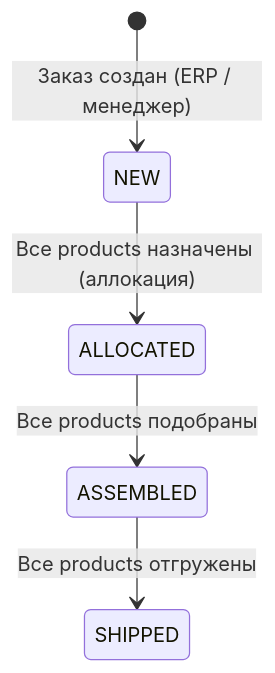
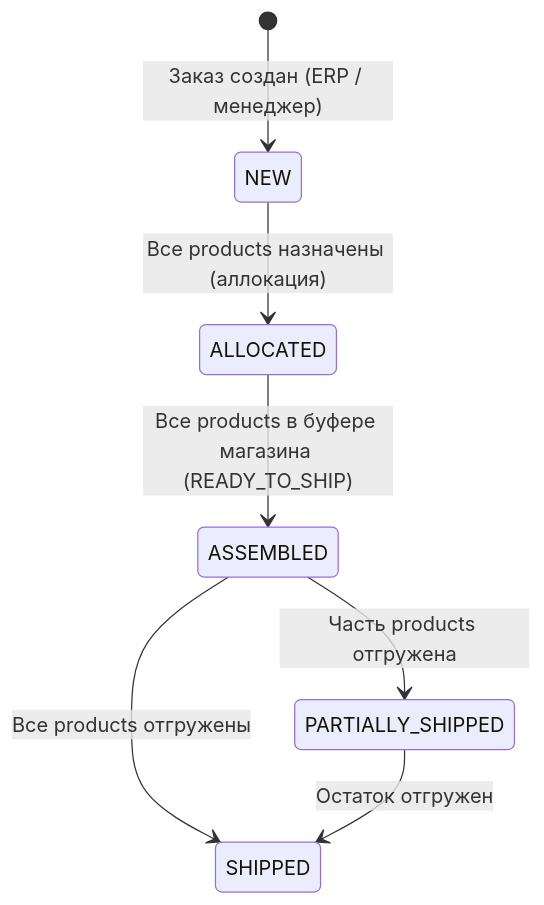
Before and after one commit to oglenyaboss/avalanche-wms: the fifth of 12 diagrams in docs/data-model/entity-lifecycle.md, drawn with Mermaid. The commit also changed other lines of this file and 10 other files, not shown here.

````diff
--- a/docs/data-model/entity-lifecycle.md
+++ b/docs/data-model/entity-lifecycle.md
@@ -110,7 +112,9 @@
 ```mermaid
 stateDiagram-v2
     [*] --> NEW : Заказ создан (ERP / менеджер)
     NEW --> ALLOCATED : Все products назначены (аллокация)
-    ALLOCATED --> ASSEMBLED : Все products подобраны
+    ALLOCATED --> ASSEMBLED : Все products в буфере магазина (READY_TO_SHIP)
+    ASSEMBLED --> PARTIALLY_SHIPPED : Часть products отгружена
     ASSEMBLED --> SHIPPED : Все products отгружены
+    PARTIALLY_SHIPPED --> SHIPPED : Остаток отгружен
 ```
````
